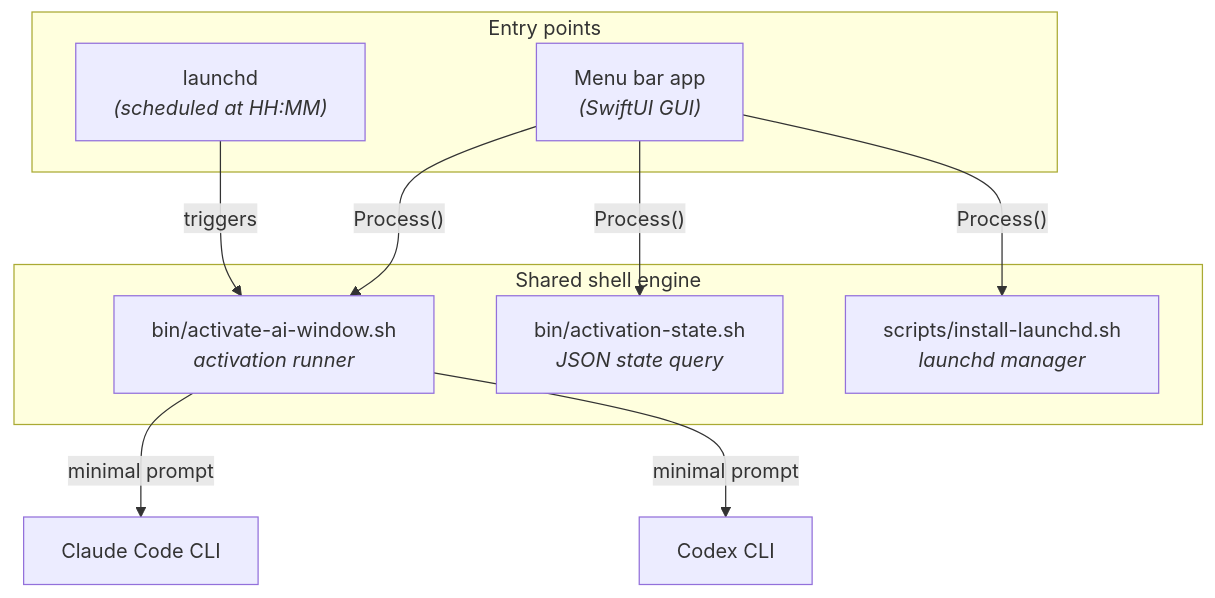
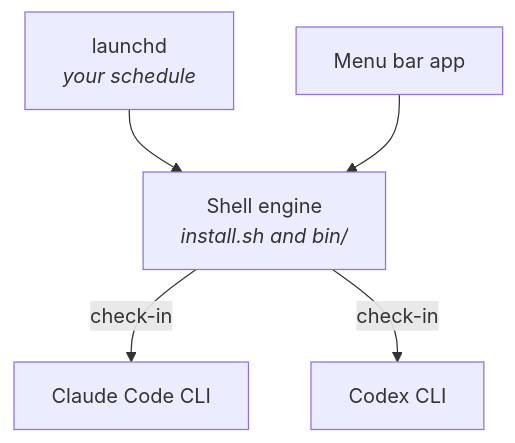
The diagram in README.md (hakupao/stoker), drawn with Mermaid before and after one commit. The commit also changed other lines of this file and 28 other files, not shown here.

````diff
--- a/README.md
+++ b/README.md
@@ -493,23 +247,13 @@
 ```mermaid
 flowchart TB
-    subgraph entry["Entry points"]
-        L["launchd<br/><i>(scheduled at HH:MM)</i>"]
-        A["Menu bar app<br/><i>(SwiftUI GUI)</i>"]
-    end
-
-    subgraph engine["Shared shell engine"]
-        R["bin/activate-ai-window.sh<br/><i>activation runner</i>"]
-        S["bin/activation-state.sh<br/><i>JSON state query</i>"]
-        I["scripts/install-launchd.sh<br/><i>launchd manager</i>"]
-    end
-
+    L["launchd<br/><i>your schedule</i>"]
+    A["Menu bar app"]
+    E["Shell engine<br/><i>install.sh and bin/</i>"]
     C["Claude Code CLI"]
     X["Codex CLI"]
 
-    L -- "triggers" --> R
-    A -- "Process()" --> R
-    A -- "Process()" --> S
-    A -- "Process()" --> I
-    R -- "minimal prompt" --> C
-    R -- "minimal prompt" --> X
+    L --> E
+    A --> E
+    E -- "check-in" --> C
+    E -- "check-in" --> X
 ```
````
